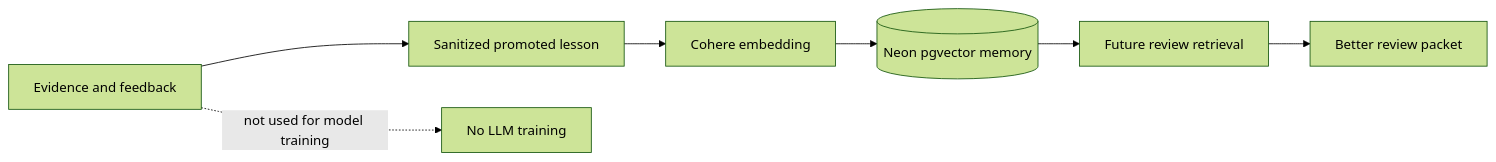
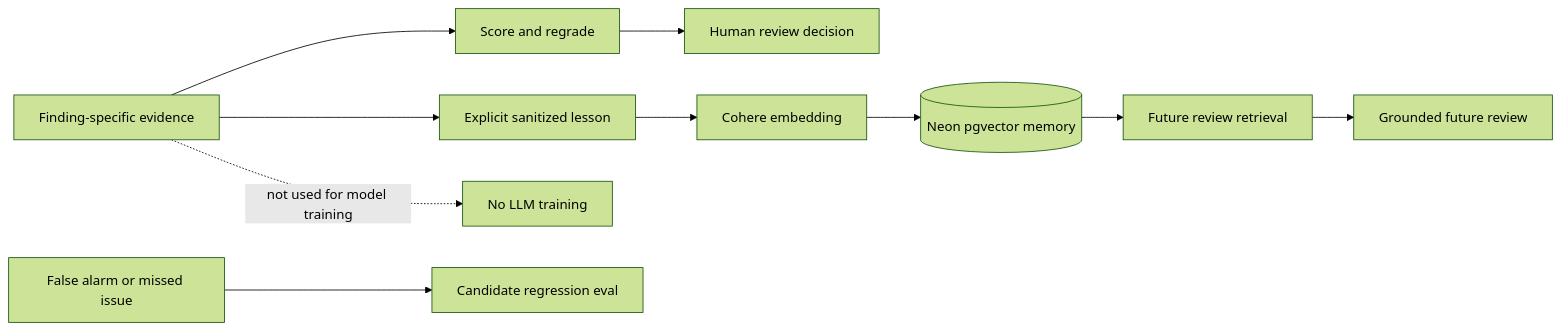
Before and after one commit to N-45div/SecureLore: the first of 3 diagrams in README.md, drawn with Mermaid (forest theme). The commit also changed other lines of this file and 1 other file, not shown here.

````diff
--- a/README.md
+++ b/README.md
@@ -28,9 +31,12 @@
 ```mermaid
 flowchart LR
-  Evidence[Evidence and feedback] --> Sanitize[Sanitized promoted lesson]
+  Evidence[Finding-specific evidence] --> Evaluate[Score and regrade]
+  Evaluate --> Decision[Human review decision]
+  Evidence --> Sanitize[Explicit sanitized lesson]
   Sanitize --> Embed[Cohere embedding]
   Embed --> Neon[(Neon pgvector memory)]
   Neon --> Retrieve[Future review retrieval]
-  Retrieve --> Packet[Better review packet]
+  Retrieve --> Packet[Grounded future review]
+  Feedback[False alarm or missed issue] --> Eval[Candidate regression eval]
   Evidence -. not used for model training .-> NoTraining[No LLM training]
 ```
````
